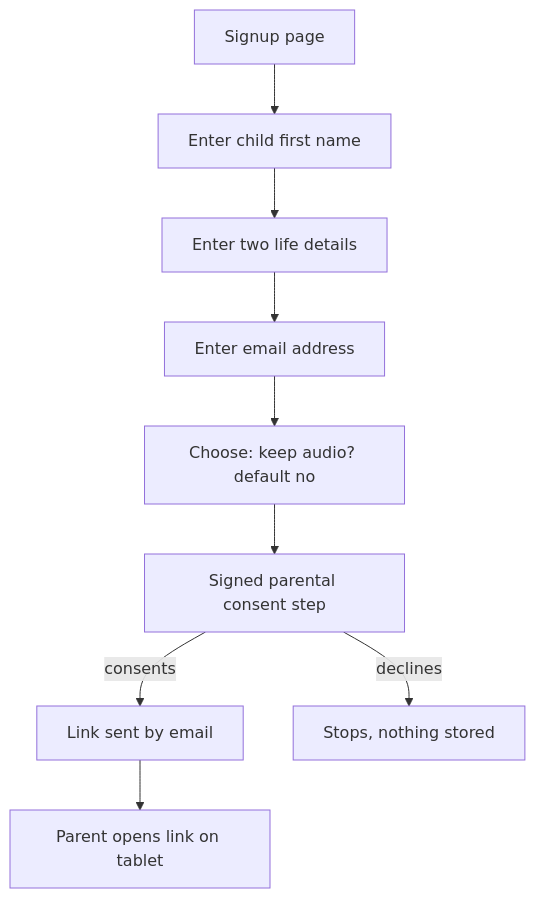
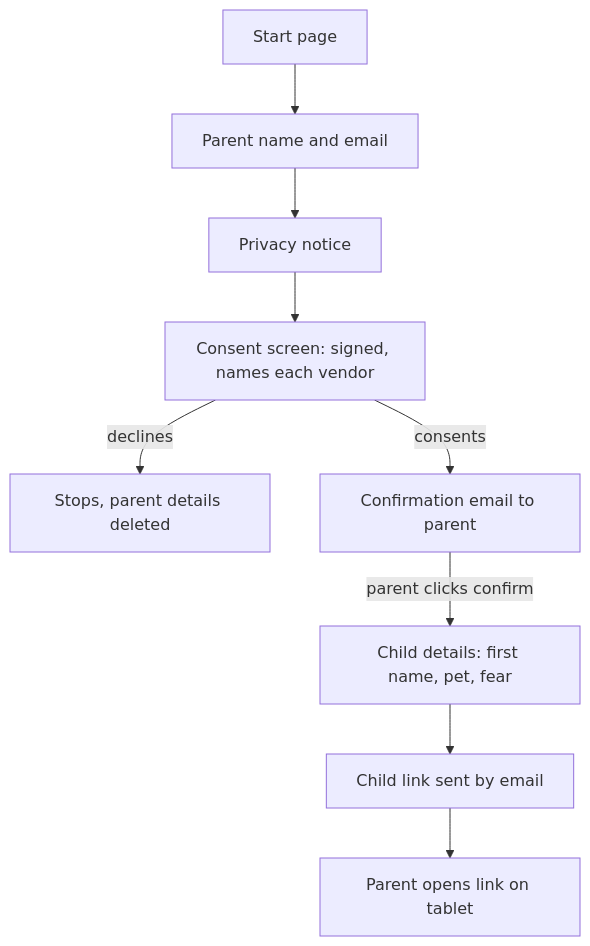
The first of 3 diagrams in docs/03-ux-flows.md (Nishi46/primer), drawn with Mermaid before and after one commit. The commit also changed other lines of this file and 2 other files, not shown here.

````diff
--- a/docs/03-ux-flows.md
+++ b/docs/03-ux-flows.md
@@ -9,11 +11,11 @@
 ```mermaid
 flowchart TD
-    A[Signup page] --> B[Enter child first name]
-    B --> C[Enter two life details]
-    C --> D[Enter email address]
-    D --> E[Choose: keep audio? default no]
-    E --> F[Signed parental consent step]
-    F -->|consents| G[Link sent by email]
-    F -->|declines| H[Stops, nothing stored]
+    A[Start page] --> B[Parent name and email]
+    B --> C[Privacy notice]
+    C --> D[Consent screen: signed, names each vendor]
+    D -->|declines| H[Stops, parent details deleted]
+    D -->|consents| E[Confirmation email to parent]
+    E -->|parent clicks confirm| F[Child details: first name, pet, fear]
+    F --> G[Child link sent by email]
     G --> I[Parent opens link on tablet]
 ```
````
